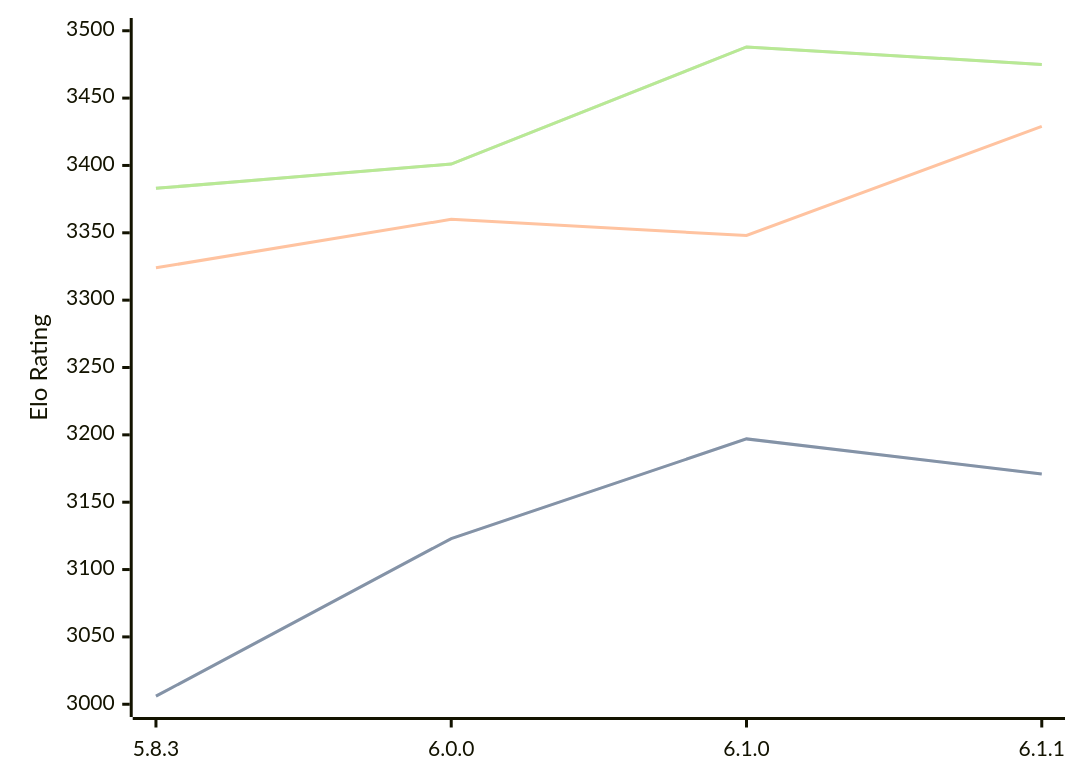
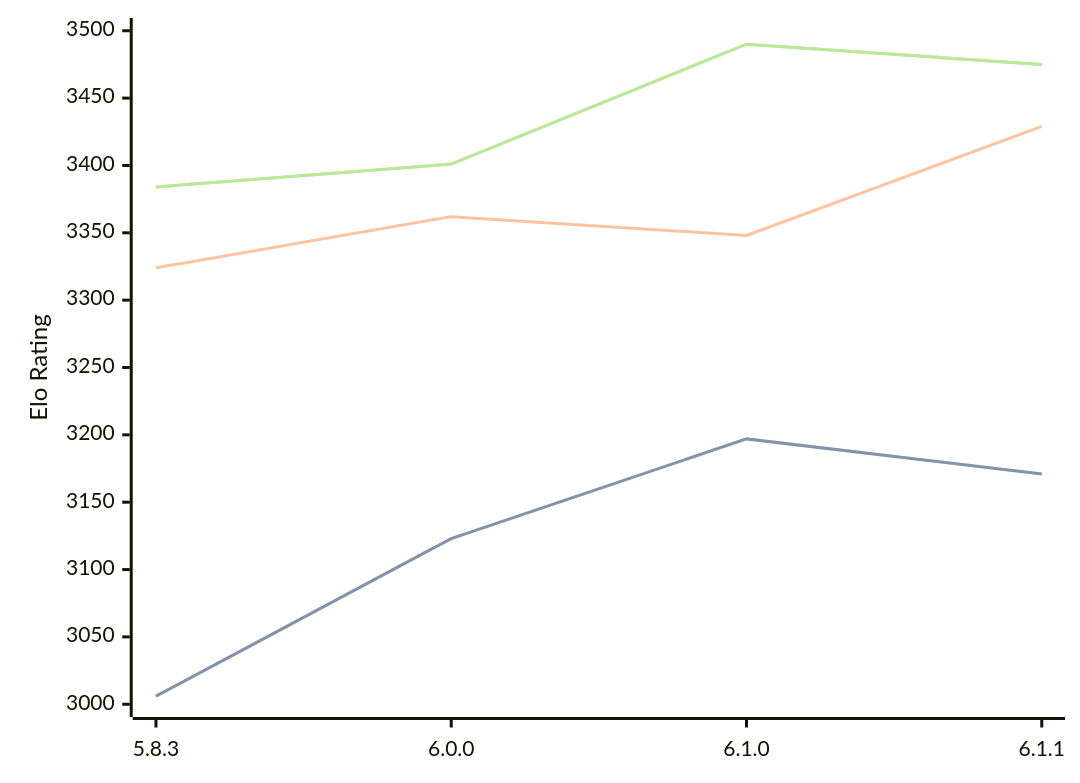
Before and after one commit to computer-chess-index/cci: the diagram in engines/Zigqueen.md, drawn with Mermaid. The commit also changed other lines of this file, not shown here.

Commit message:
Update CCI Ratings (ELO VLTC) - 2026-09-25

````diff
--- a/engines/Zigqueen.md
+++ b/engines/Zigqueen.md
@@ -38,11 +38,11 @@
 ```mermaid
 %%{init: {"theme":"base","themeVariables":{"seriesColors:['#a3a3a3','#222221','#faa371']}}}%%
 xychart-beta
   x-axis ["5.8.3", "6.0.0", "6.1.0", "6.1.1"]
   y-axis "Elo Rating" 3000 --> 3500
   line "" [3006, 3123, 3197, 3171]
   line "STC (8.0+0.08s)" [3006, 3123, 3197, 3171]
-  line "LTC (60.0+0.60s)" [3324, 3360, 3348, 3429]
-  line "" [3383, 3401, 3488, 3475]
-  line "VLTC (2m24s+1.12s)" [3383, 3401, 3488, 3475]
+  line "LTC (60.0+0.60s)" [3324, 3362, 3348, 3429]
+  line "" [3384, 3401, 3490, 3475]
+  line "VLTC (2m24s+1.12s)" [3384, 3401, 3490, 3475]
 ```
````
